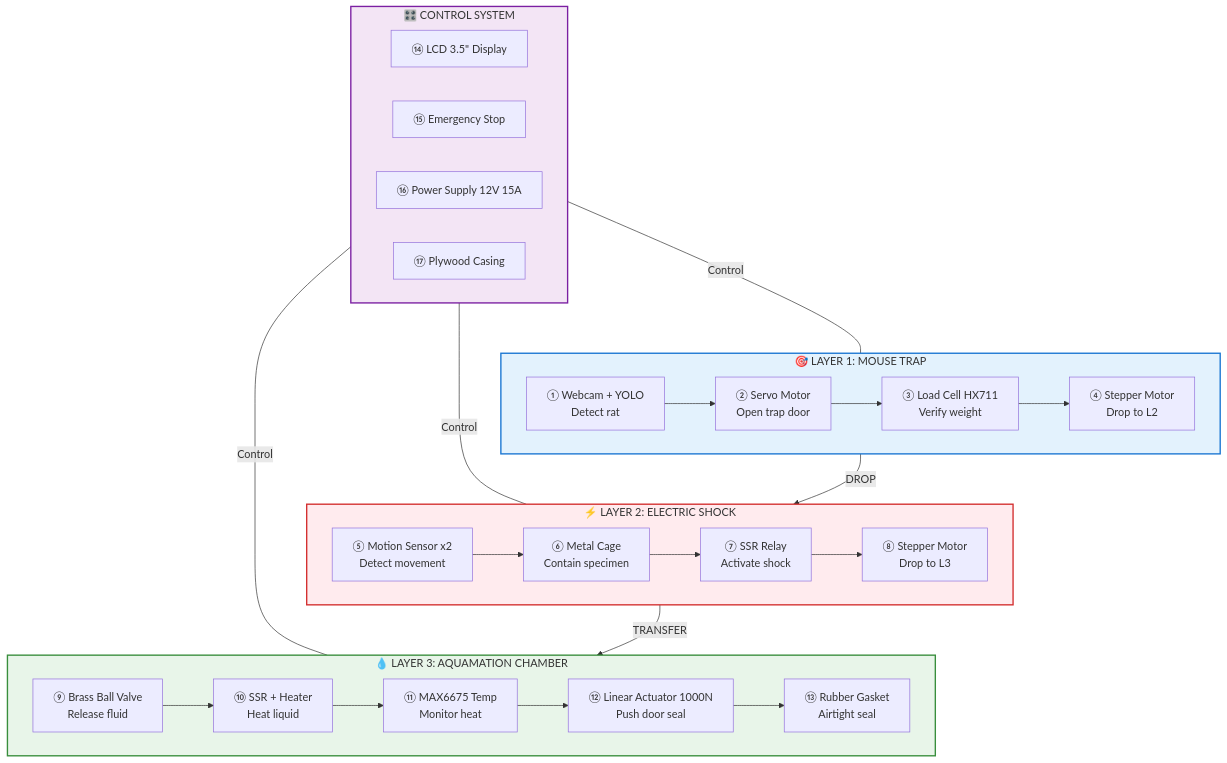
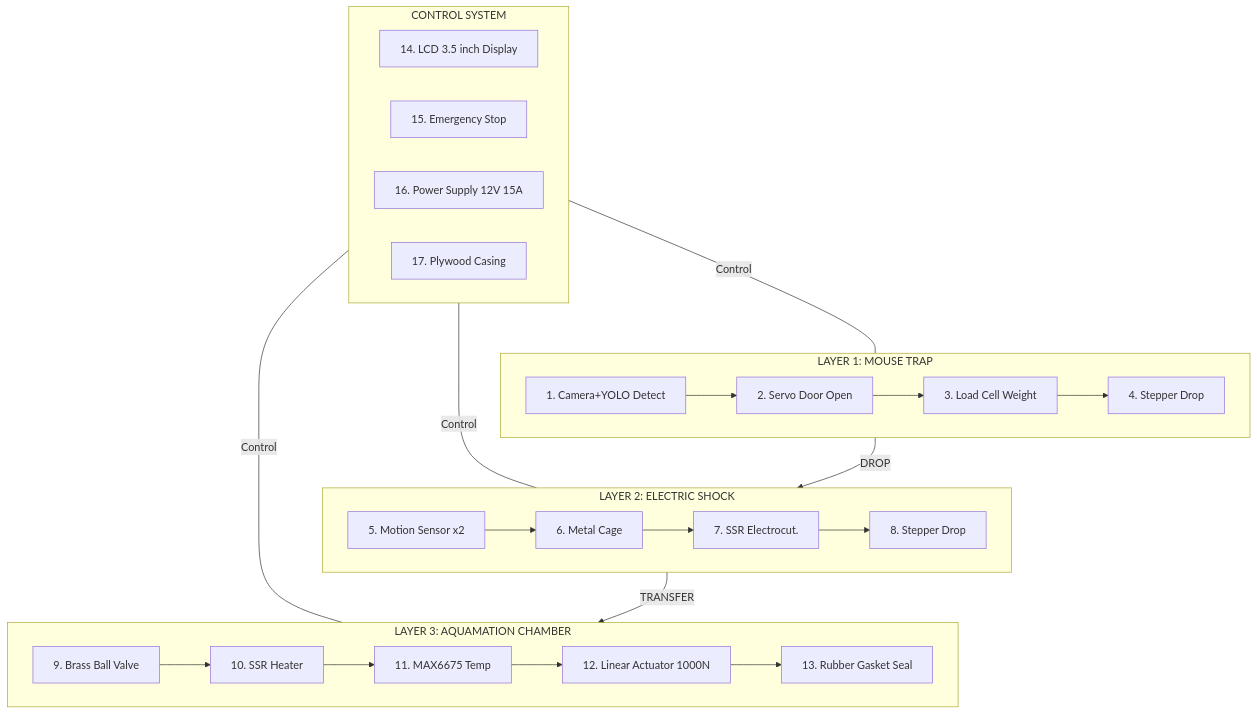
One commit to qppd/automatic-aquamation-machine changed the diagram in block_diagram.md. Above: the diagram before and after it, drawn with Mermaid. The commit also changed other lines of this file, not shown here.

Commit message:
Fix Mermaid syntax: remove special unicode characters causing parse errors

````diff
--- a/block_diagram.md
+++ b/block_diagram.md
@@ -3,50 +3,39 @@
 ```mermaid
 flowchart TD
-    %% Layer 1: Mouse Trap
-    subgraph L1["🎯 LAYER 1: MOUSE TRAP"]
+    subgraph L1["LAYER 1: MOUSE TRAP"]
         direction LR
-        A["① Webcam + YOLO<br/>Detect rat"] --> B["② Servo Motor<br/>Open trap door"]
-        B --> C["③ Load Cell HX711<br/>Verify weight"]
-        C --> D["④ Stepper Motor<br/>Drop to L2"]
+        A["1. Camera+YOLO Detect"] --> B["2. Servo Door Open"]
+        B --> C["3. Load Cell Weight"]
+        C --> D["4. Stepper Drop"]
     end
     
-    %% Layer 2: Electric Shock  
-    subgraph L2["⚡ LAYER 2: ELECTRIC SHOCK"]
+    subgraph L2["LAYER 2: ELECTRIC SHOCK"]
         direction LR
-        E["⑤ Motion Sensor x2<br/>Detect movement"] --> F["⑥ Metal Cage<br/>Contain specimen"]
-        F --> G["⑦ SSR Relay<br/>Activate shock"]
-        G --> H["⑧ Stepper Motor<br/>Drop to L3"]
+        E["5. Motion Sensor x2"] --> F["6. Metal Cage"]
+        F --> G["7. SSR Electrocut."]
+        G --> H["8. Stepper Drop"]
     end
     
-    %% Layer 3: Aquamation Chamber
-    subgraph L3["💧 LAYER 3: AQUAMATION CHAMBER"]
+    subgraph L3["LAYER 3: AQUAMATION CHAMBER"]
         direction LR
-        I["⑨ Brass Ball Valve<br/>Release fluid"] --> J["⑩ SSR + Heater<br/>Heat liquid"]
-        J --> K["⑪ MAX6675 Temp<br/>Monitor heat"]
-        K --> L["⑫ Linear Actuator 1000N<br/>Push door seal"]
-        L --> M["⑬ Rubber Gasket<br/>Airtight seal"]
+        I["9. Brass Ball Valve"] --> J["10. SSR Heater"]
+        J --> K["11. MAX6675 Temp"]
+        K --> L["12. Linear Actuator 1000N"]
+        L --> M["13. Rubber Gasket Seal"]
     end
     
-    %% Sequential flow between layers
     D -- "DROP" --> E
     H -- "TRANSFER" --> I
     
-    %% Control System
-    subgraph CTRL["🎛️ CONTROL SYSTEM"]
+    subgraph CTRL["CONTROL SYSTEM"]
         direction LR
-        N["⑭ LCD 3.5&quot; Display"]
-        O["⑮ Emergency Stop"]
-        P["⑯ Power Supply 12V 15A"]
-        Q["⑰ Plywood Casing"]
+        N["14. LCD 3.5 inch Display"]
+        O["15. Emergency Stop"]
+        P["16. Power Supply 12V 15A"]
+        Q["17. Plywood Casing"]
     end
     
-    %% Control connections
     CTRL ---|"Control"| L1
     CTRL ---|"Control"| L2
     CTRL ---|"Control"| L3
-    
-    style L1 fill:#e3f2fd,stroke:#1976d2,stroke-width:2px
-    style L2 fill:#ffebee,stroke:#d32f2f,stroke-width:2px
-    style L3 fill:#e8f5e9,stroke:#388e3c,stroke-width:2px
-    style CTRL fill:#f3e5f5,stroke:#7b1fa2,stroke-width:2px
 ```
````
